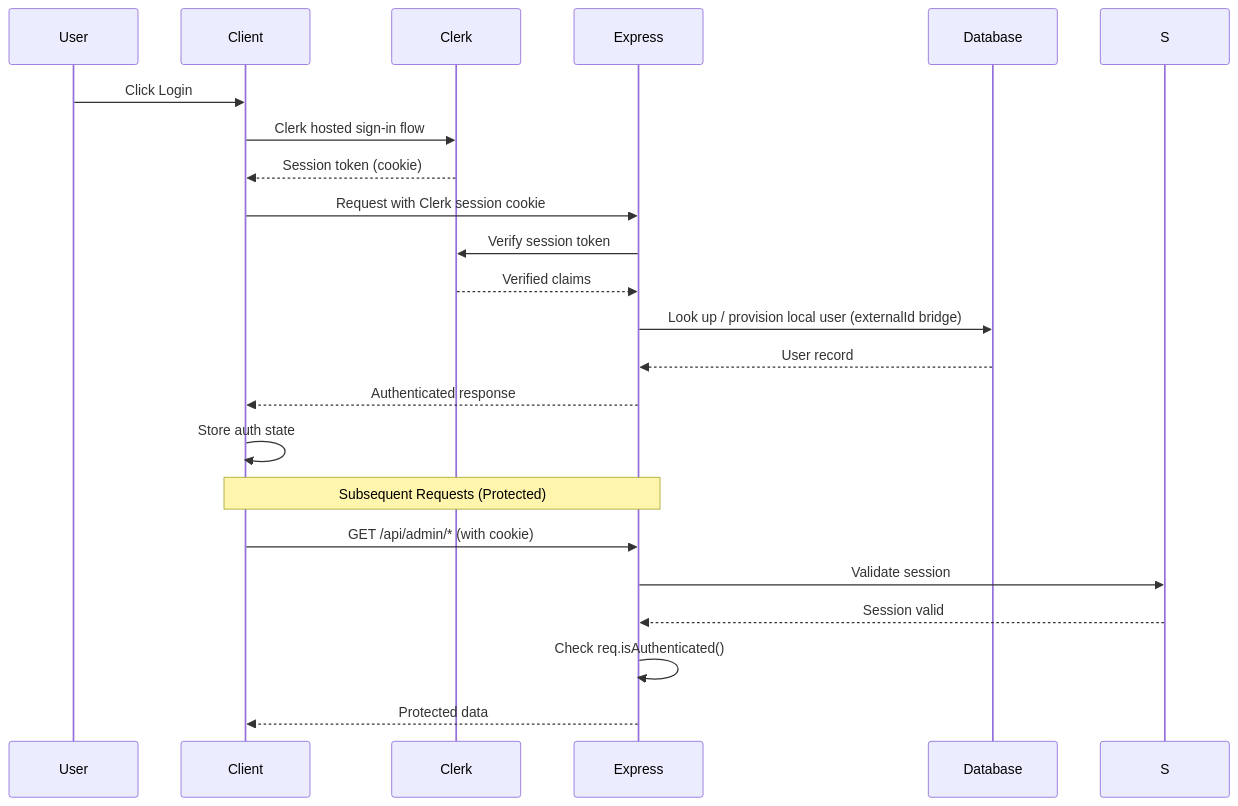
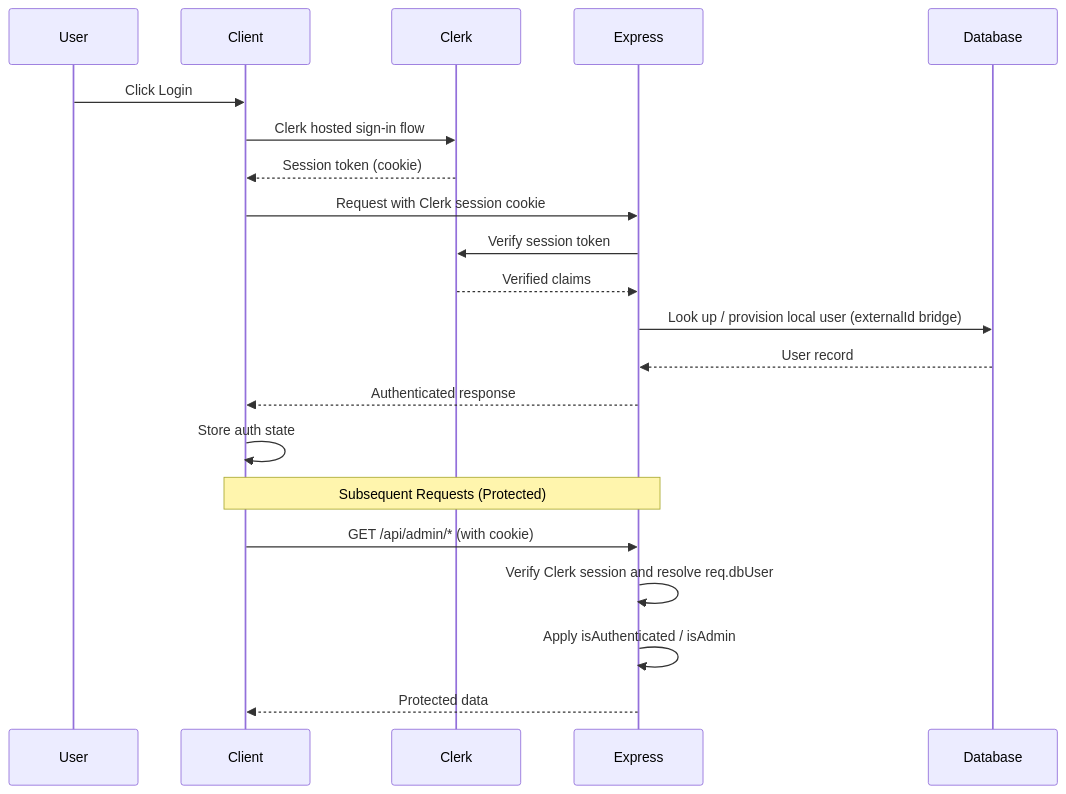
The fifth of 7 diagrams in docs/ARCHITECTURE.md (krzemienski/awesome-list-site), drawn with Mermaid before and after one commit. The commit also changed other lines of this file and 32 other files, not shown here.

````diff
--- a/docs/ARCHITECTURE.md
+++ b/docs/ARCHITECTURE.md
@@ -305,26 +309,25 @@
 ```mermaid
 sequenceDiagram
     participant U as User
     participant C as Client
     participant K as Clerk
     participant E as Express
     participant DB as Database
 
     U->>C: Click Login
     C->>K: Clerk hosted sign-in flow
     K-->>C: Session token (cookie)
     C->>E: Request with Clerk session cookie
     E->>K: Verify session token
     K-->>E: Verified claims
     E->>DB: Look up / provision local user (externalId bridge)
     DB-->>E: User record
     E-->>C: Authenticated response
     C->>C: Store auth state
 
     Note over C,E: Subsequent Requests (Protected)
     C->>E: GET /api/admin/* (with cookie)
-    E->>S: Validate session
-    S-->>E: Session valid
-    E->>E: Check req.isAuthenticated()
+    E->>E: Verify Clerk session and resolve req.dbUser
+    E->>E: Apply isAuthenticated / isAdmin
     E-->>C: Protected data
 ```
````
